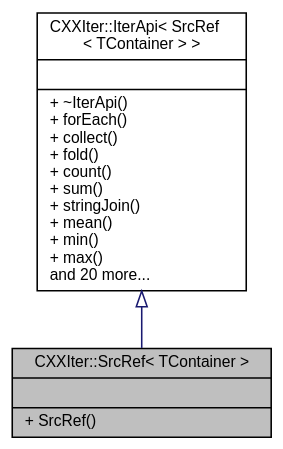
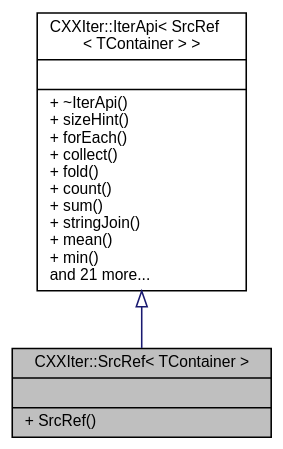
The diagram in classCXXIter_1_1SrcRef__coll__graph.dot (seijikun/CXXIter), drawn with Graphviz before and after one commit. The commit also changed 90 other files, not shown here.

```diff
--- a/classCXXIter_1_1SrcRef__coll__graph.dot
+++ b/classCXXIter_1_1SrcRef__coll__graph.dot
@@ -1,11 +1,11 @@
 digraph "CXXIter::SrcRef&lt; TContainer &gt;"
 {
  // INTERACTIVE_SVG=YES
  // LATEX_PDF_SIZE
   bgcolor="transparent";
   edge [fontname="Helvetica",fontsize="10",labelfontname="Helvetica",labelfontsize="10"];
   node [fontname="Helvetica",fontsize="10",shape=record];
-  Node1 [label="{CXXIter::SrcRef\< TContainer \>\n||+ SrcRef()\l}",height=0.2,width=0.4,color="black", fillcolor="grey75", style="filled", fontcolor="black",tooltip=" "];
+  Node1 [label="{CXXIter::SrcRef\< TContainer \>\n||+ SrcRef()\l}",height=0.2,width=0.4,color="black", fillcolor="grey75", style="filled", fontcolor="black",tooltip="CXXIter iterator source that mutably borrows the input item source, and passes mutable references to ..."];
   Node2 -> Node1 [dir="back",color="midnightblue",fontsize="10",style="solid",arrowtail="onormal",fontname="Helvetica"];
-  Node2 [label="{CXXIter::IterApi\< SrcRef\l\< TContainer \> \>\n||+ ~IterApi()\l+ forEach()\l+ collect()\l+ fold()\l+ count()\l+ sum()\l+ stringJoin()\l+ mean()\l+ min()\l+ max()\land 20 more...\l}",height=0.2,width=0.4,color="black",URL="$classCXXIter_1_1IterApi.html",tooltip=" "];
+  Node2 [label="{CXXIter::IterApi\< SrcRef\l\< TContainer \> \>\n||+ ~IterApi()\l+ sizeHint()\l+ forEach()\l+ collect()\l+ fold()\l+ count()\l+ sum()\l+ stringJoin()\l+ mean()\l+ min()\land 21 more...\l}",height=0.2,width=0.4,color="black",URL="$classCXXIter_1_1IterApi.html",tooltip=" "];
 }
```
